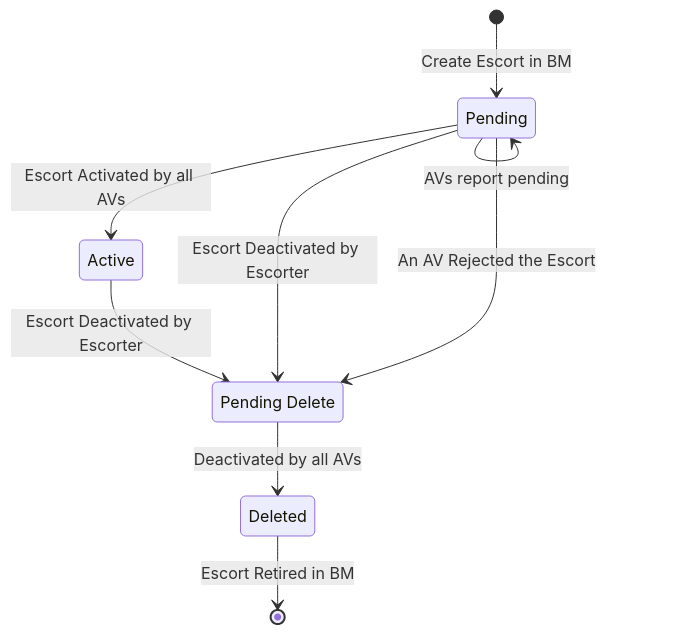
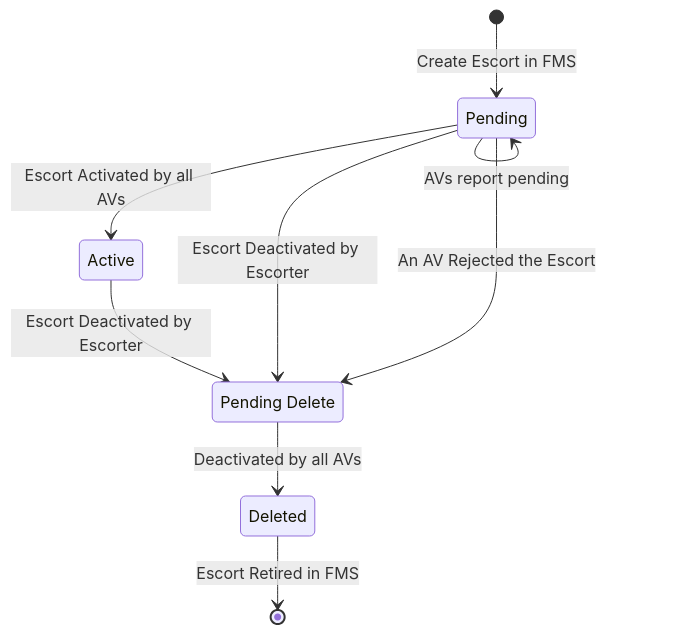
The diagram in README.md (open-autonomy/escort), drawn with Mermaid before and after one commit. The commit also changed other lines of this file, not shown here.

````diff
--- a/README.md
+++ b/README.md
@@ -50,16 +120,16 @@
 ```mermaid
 stateDiagram-v2
 state "Pending" as p
 state "Pending Delete" as pd
 state "Active" as a
 state "Deleted" as d
 
-[*] --> p : Create Escort in BM
+[*] --> p : Create Escort in FMS
 p --> p : AVs report pending
 p --> a : Escort Activated by all AVs
 a --> pd : Escort Deactivated by Escorter
 p --> pd : Escort Deactivated by Escorter
 p --> pd : An AV Rejected the Escort
 pd --> d : Deactivated by all AVs
-d --> [*] : Escort Retired in BM
+d --> [*] : Escort Retired in FMS
 ```
````
